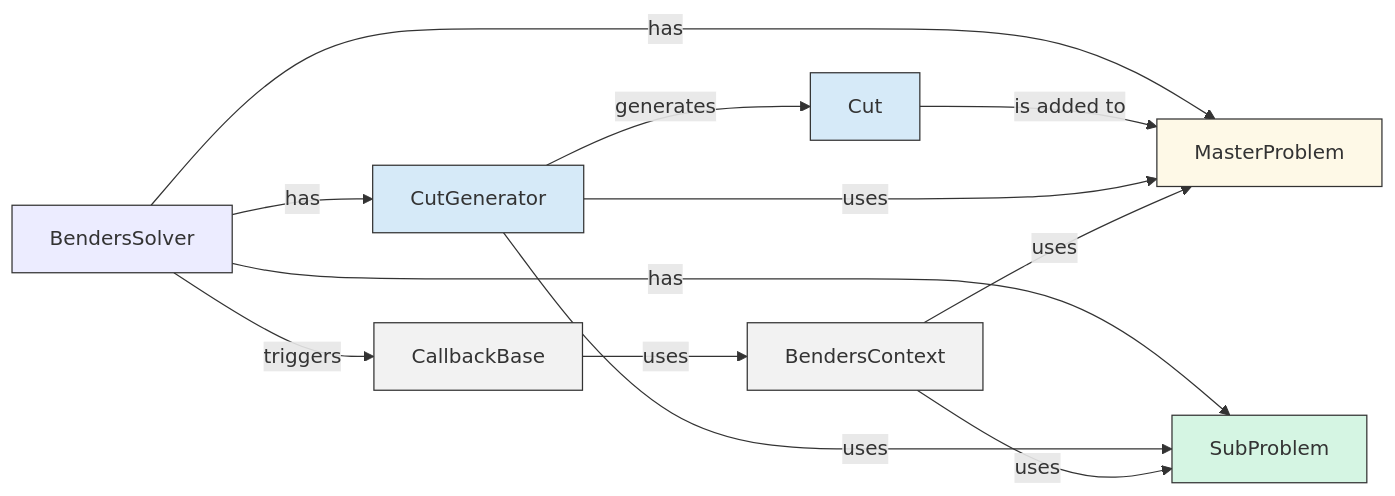
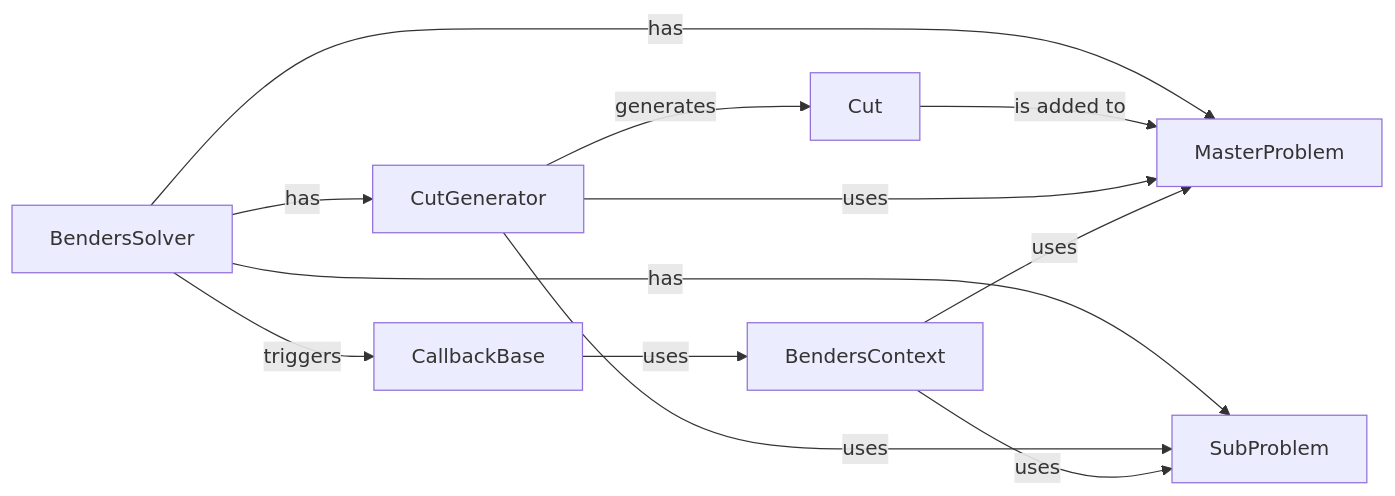
The diagram in docs/source/api/index.rst (sharabhshukla/BendersLib), drawn with Mermaid before and after one commit. The commit also changed other lines of this file, not shown here.

Commit message:
docs(api): add Benders Solver description

```diff
--- a/docs/source/api/index.rst
+++ b/docs/source/api/index.rst
@@ -14,29 +14,18 @@
 .. mermaid::
     :caption: BendersLib Core Classes
     :align: center
 
     flowchart LR
-
-    style Cut fill:#D6EAF8,stroke:#333,stroke-width:1px
-    style CutGenerator fill:#D6EAF8,stroke:#333,stroke-width:1px
-
-    style SubProblem fill:#D5F5E3,stroke:#333,stroke-width:1px
-
-    style MasterProblem fill:#FEF9E7,stroke:#333,stroke-width:1px
-    style BendersSolver stroke:#333,stroke-width:1px
-
-    style CallbackBase fill:#f2f2f2,stroke:#333,stroke-width:1px
-    style BendersContext fill:#f2f2f2,stroke:#333,stroke-width:1px
 
     BendersSolver -- "has" --> MasterProblem
     BendersSolver -- "has" --> SubProblem
     BendersSolver -- "has" --> CutGenerator
     Cut -- "is added to" --> MasterProblem
     CutGenerator -- "generates" --> Cut
     CutGenerator -- "uses" --> SubProblem
     CutGenerator -- "uses" --> MasterProblem
 
     BendersSolver -- "triggers" --> CallbackBase
     CallbackBase -- "uses" --> BendersContext
     BendersContext -- "uses" --> MasterProblem
     BendersContext -- "uses" --> SubProblem
```
